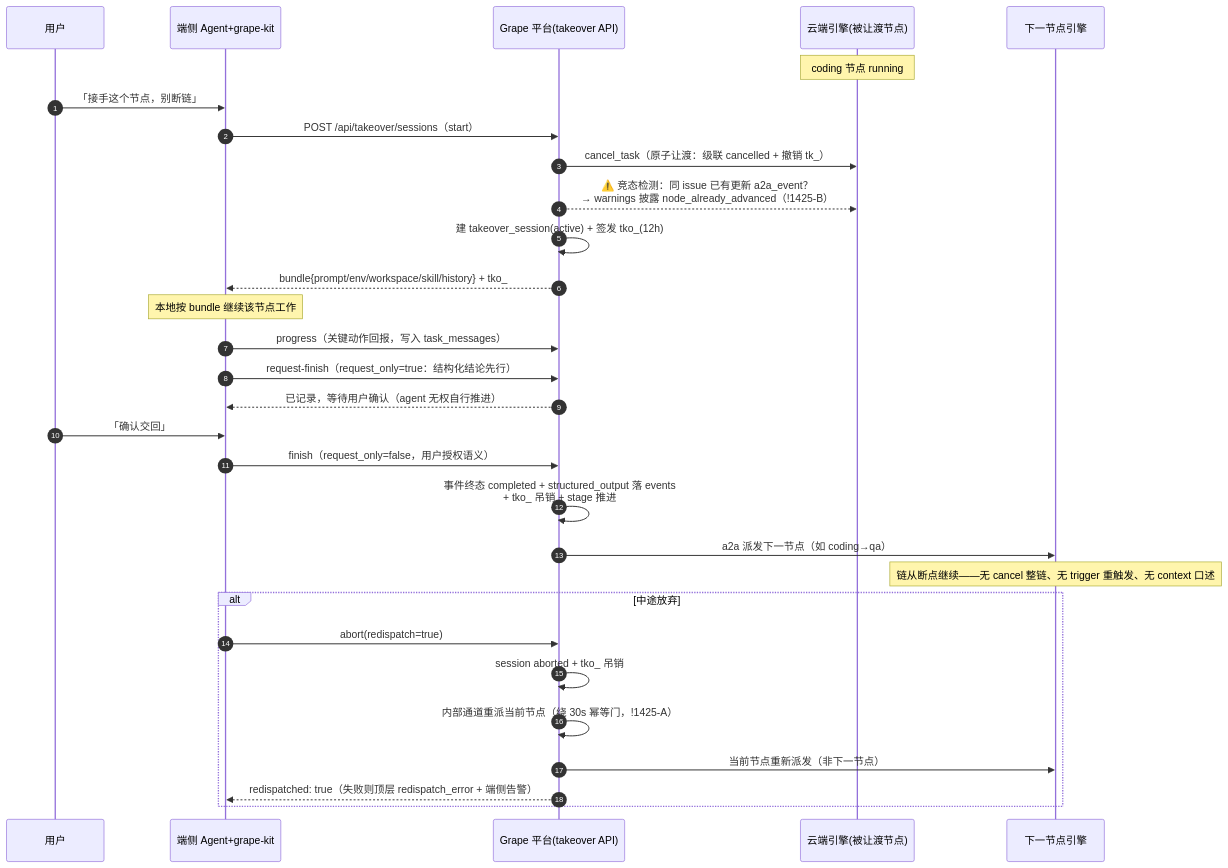
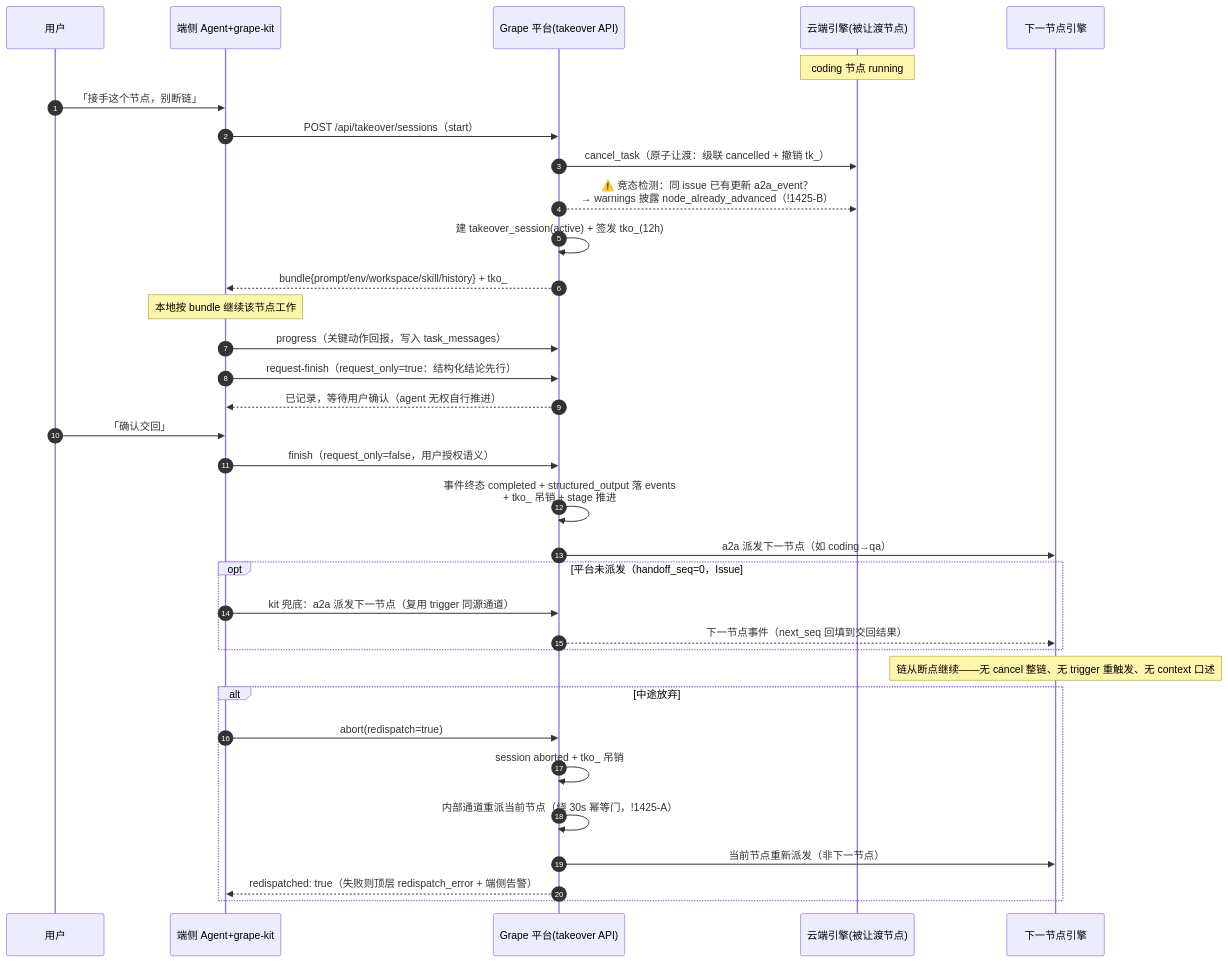
One commit to grape-dev/grape-kit changed the second of 2 diagrams in docs/20261114-takeover-architecture.md. Above: the diagram before and after it, drawn with Mermaid. The commit also changed other lines of this file and 3 other files, not shown here.

````diff
--- a/docs/20261114-takeover-architecture.md
+++ b/docs/20261114-takeover-architecture.md
@@ -42,35 +42,39 @@
 ```mermaid
 sequenceDiagram
     autonumber
     participant U as 用户
     participant A as 端侧 Agent+grape-kit
     participant S as Grape 平台(takeover API)
     participant C as 云端引擎(被让渡节点)
     participant N as 下一节点引擎
 
     Note over C: coding 节点 running
     U->>A: 「接手这个节点，别断链」
     A->>S: POST /api/takeover/sessions（start）
     S->>C: cancel_task（原子让渡：级联 cancelled + 撤销 tk_）
     S-->>C: ⚠️ 竞态检测：同 issue 已有更新 a2a_event？<br/>→ warnings 披露 node_already_advanced（!1425-B）
     S->>S: 建 takeover_session(active) + 签发 tko_(12h)
     S-->>A: bundle{prompt/env/workspace/skill/history} + tko_
     Note over A: 本地按 bundle 继续该节点工作
 
     A->>S: progress（关键动作回报，写入 task_messages）
     A->>S: request-finish（request_only=true：结构化结论先行）
     S-->>A: 已记录，等待用户确认（agent 无权自行推进）
     U->>A: 「确认交回」
     A->>S: finish（request_only=false，用户授权语义）
     S->>S: 事件终态 completed + structured_output 落 events<br/>+ tko_ 吊销 + stage 推进
     S->>N: a2a 派发下一节点（如 coding→qa）
+    opt 平台未派发（handoff_seq=0，Issue #19 实测）
+        A->>S: kit 兜底：a2a 派发下一节点（复用 trigger 同源通道）
+        S-->>N: 下一节点事件（next_seq 回填到交回结果）
+    end
     Note over N: 链从断点继续——无 cancel 整链、无 trigger 重触发、无 context 口述
 
     alt 中途放弃
         A->>S: abort(redispatch=true)
         S->>S: session aborted + tko_ 吊销
         S->>S: 内部通道重派当前节点（绕 30s 幂等门，!1425-A）
         S->>N: 当前节点重新派发（非下一节点）
         S-->>A: redispatched: true（失败则顶层 redispatch_error + 端侧告警）
     end
 ```
````
